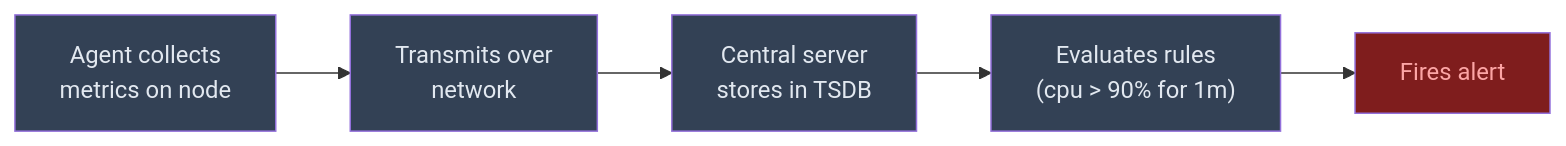
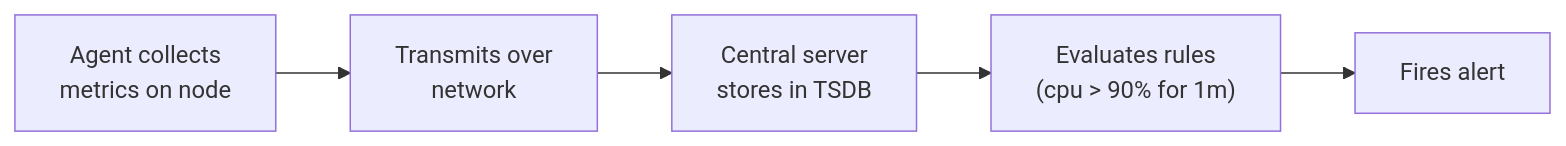
Before and after one commit to bricio-sr/hosa: the first of 2 diagrams in README.md, drawn with Mermaid. The commit also changed other lines of this file and 2 other files, not shown here.

````diff
--- a/README.md
+++ b/README.md
@@ -74,13 +75,7 @@
 ```mermaid
 flowchart LR
     A[Agent collects\nmetrics on node] --> B[Transmits over\nnetwork]
     B --> C[Central server\nstores in TSDB]
     C --> D["Evaluates rules\n(cpu > 90% for 1m)"]
     D --> E[Fires alert]
-
-    style A fill:#334155,color:#e2e8f0
-    style B fill:#334155,color:#e2e8f0
-    style C fill:#334155,color:#e2e8f0
-    style D fill:#334155,color:#e2e8f0
-    style E fill:#7f1d1d,color:#fca5a5
 ```
````
